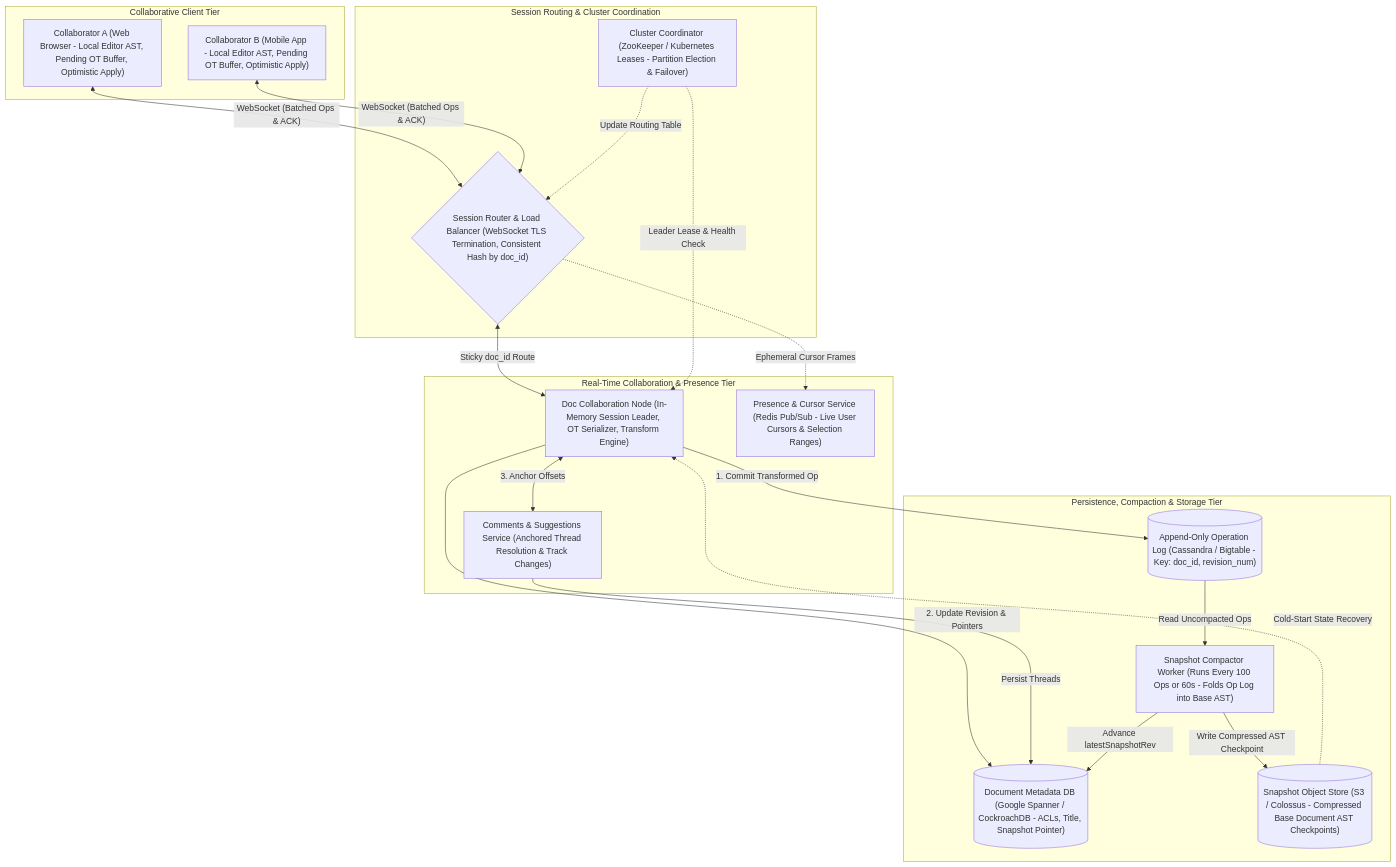
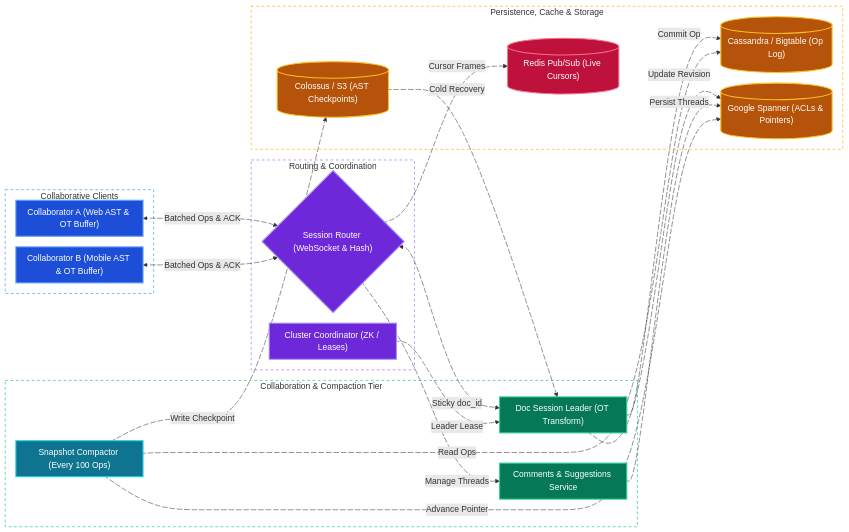
Before and after one commit to tarunbatta/tech-interview-prep: the fourth of 4 diagrams in system-design/google-docs.md, drawn with Mermaid. The commit also changed other lines of this file and 30 other files, not shown here.

First line of the commit message:
docs(system-design): convert Mermaid flowcharts to LR with colors and animated edges

````diff
--- a/system-design/google-docs.md
+++ b/system-design/google-docs.md
@@ -279,36 +314,69 @@
 ```mermaid
-flowchart TD
-    subgraph Clients["Collaborative Client Tier"]
-        ClientA["Collaborator A (Web Browser - Local Editor AST, Pending OT Buffer, Optimistic Apply)"]
-        ClientB["Collaborator B (Mobile App - Local Editor AST, Pending OT Buffer, Optimistic Apply)"]
+%%{init: {'flowchart': {'nodeSpacing': 20, 'rankSpacing': 40, 'padding': 10}}}%%
+flowchart LR
+    subgraph ClientTier["Collaborative Clients"]
+        ClientA["Collaborator A (Web AST & OT Buffer)"]
+        ClientB["Collaborator B (Mobile AST & OT Buffer)"]
     end
-    subgraph RoutingAndCoordination["Session Routing & Cluster Coordination"]
-        LB{"Session Router & Load Balancer (WebSocket TLS Termination, Consistent Hash by doc_id)"}
-        Coordinator["Cluster Coordinator (ZooKeeper / Kubernetes Leases - Partition Election & Failover)"]
+    subgraph EdgeTier["Routing & Coordination"]
+        LB{"Session Router (WebSocket & Hash)"}
+        Coordinator["Cluster Coordinator (ZK / Leases)"]
     end
-    subgraph CollabEngine["Real-Time Collaboration & Presence Tier"]
-        DocLeader["Doc Collaboration Node (In-Memory Session Leader, OT Serializer, Transform Engine)"]
-        PresenceSvc["Presence & Cursor Service (Redis Pub/Sub - Live User Cursors & Selection Ranges)"]
-        CommentsSvc["Comments & Suggestions Service (Anchored Thread Resolution & Track Changes)"]
+    subgraph CoreServices["Collaboration & Compaction Tier"]
+        DocLeader["Doc Session Leader (OT Transform)"]
+        CommentsSvc["Comments & Suggestions Service"]
+        SnapshotWorker["Snapshot Compactor (Every 100 Ops)"]
     end
-    subgraph PersistenceAndCompaction["Persistence, Compaction & Storage Tier"]
-        OpLog[("Append-Only Operation Log (Cassandra / Bigtable - Key: doc_id, revision_num)")]
-        DocMeta[("Document Metadata DB (Google Spanner / CockroachDB - ACLs, Title, Snapshot Pointer)")]
-        SnapshotWorker["Snapshot Compactor Worker (Runs Every 100 Ops or 60s - Folds Op Log into Base AST)"]
-        SnapshotStore[("Snapshot Object Store (S3 / Colossus - Compressed Base Document AST Checkpoints)")]
+    subgraph DataAndEventTier["Persistence, Cache & Storage"]
+        PresenceSvc[("Redis Pub/Sub (Live Cursors)")]
+        OpLog[("Cassandra / Bigtable (Op Log)")]
+        DocMeta[("Google Spanner (ACLs & Pointers)")]
+        SnapshotStore[("Colossus / S3 (AST Checkpoints)")]
     end
-    ClientA <-->|"WebSocket (Batched Ops & ACK)"| LB
-    ClientB <-->|"WebSocket (Batched Ops & ACK)"| LB
-    LB <-->|"Sticky doc_id Route"| DocLeader
-    LB -.->|"Ephemeral Cursor Frames"| PresenceSvc
-    Coordinator -.->|"Leader Lease & Health Check"| DocLeader
-    Coordinator -.->|"Update Routing Table"| LB
-    DocLeader -->|"1. Commit Transformed Op"| OpLog
-    DocLeader -->|"2. Update Revision & Pointers"| DocMeta
-    DocLeader <-->|"3. Anchor Offsets"| CommentsSvc
-    CommentsSvc -->|"Persist Threads"| DocMeta
-    OpLog -->|"Read Uncompacted Ops"| SnapshotWorker
-    SnapshotWorker -->|"Write Compressed AST Checkpoint"| SnapshotStore
-    SnapshotWorker -->|"Advance latestSnapshotRev"| DocMeta
-    SnapshotStore -.->|"Cold-Start State Recovery"| DocLeader
+    ClientA e1@<-->|"Batched Ops & ACK"| LB
+    ClientB e2@<-->|"Batched Ops & ACK"| LB
+    LB e3@<-->|"Sticky doc_id"| DocLeader
+    LB e4@-.->|"Cursor Frames"| PresenceSvc
+    Coordinator e5@-.->|"Leader Lease"| DocLeader
+    DocLeader e6@-->|"Commit Op"| OpLog
+    DocLeader e7@-->|"Update Revision"| DocMeta
+    LB e8@-->|"Manage Threads"| CommentsSvc
+    CommentsSvc e9@-->|"Persist Threads"| DocMeta
+    SnapshotWorker e10@-->|"Read Ops"| OpLog
+    SnapshotWorker e11@-->|"Write Checkpoint"| SnapshotStore
+    SnapshotWorker e12@-->|"Advance Pointer"| DocMeta
+    SnapshotStore e13@-.->|"Cold Recovery"| DocLeader
+
+    e1@{ animate: true }
+    e2@{ animate: true }
+    e3@{ animate: true }
+    e4@{ animate: true }
+    e5@{ animate: true }
+    e6@{ animate: true }
+    e7@{ animate: true }
+    e8@{ animate: true }
+    e9@{ animate: true }
+    e10@{ animate: true }
+    e11@{ animate: true }
+    e12@{ animate: true }
+    e13@{ animate: true }
+
+    classDef client fill:#1d4ed8,stroke:#60a5fa,stroke-width:2px,color:#ffffff
+    classDef edge fill:#6d28d9,stroke:#a78bfa,stroke-width:2px,color:#ffffff
+    classDef service fill:#047857,stroke:#34d399,stroke-width:2px,color:#ffffff
+    classDef worker fill:#0e7490,stroke:#22d3ee,stroke-width:2px,color:#ffffff
+    classDef cache fill:#be123c,stroke:#fb7185,stroke-width:2px,color:#ffffff
+    classDef storage fill:#b45309,stroke:#fbbf24,stroke-width:2px,color:#ffffff
+
+    class ClientA,ClientB client
+    class LB,Coordinator edge
+    class DocLeader,CommentsSvc service
+    class SnapshotWorker worker
+    class PresenceSvc cache
+    class OpLog,DocMeta,SnapshotStore storage
+
+    style ClientTier fill:transparent,stroke:#60a5fa,stroke-width:1.5px,stroke-dasharray: 5 5
+    style EdgeTier fill:transparent,stroke:#a78bfa,stroke-width:1.5px,stroke-dasharray: 5 5
+    style CoreServices fill:transparent,stroke:#34d399,stroke-width:1.5px,stroke-dasharray: 5 5
+    style DataAndEventTier fill:transparent,stroke:#fbbf24,stroke-width:1.5px,stroke-dasharray: 5 5
 ```
````
